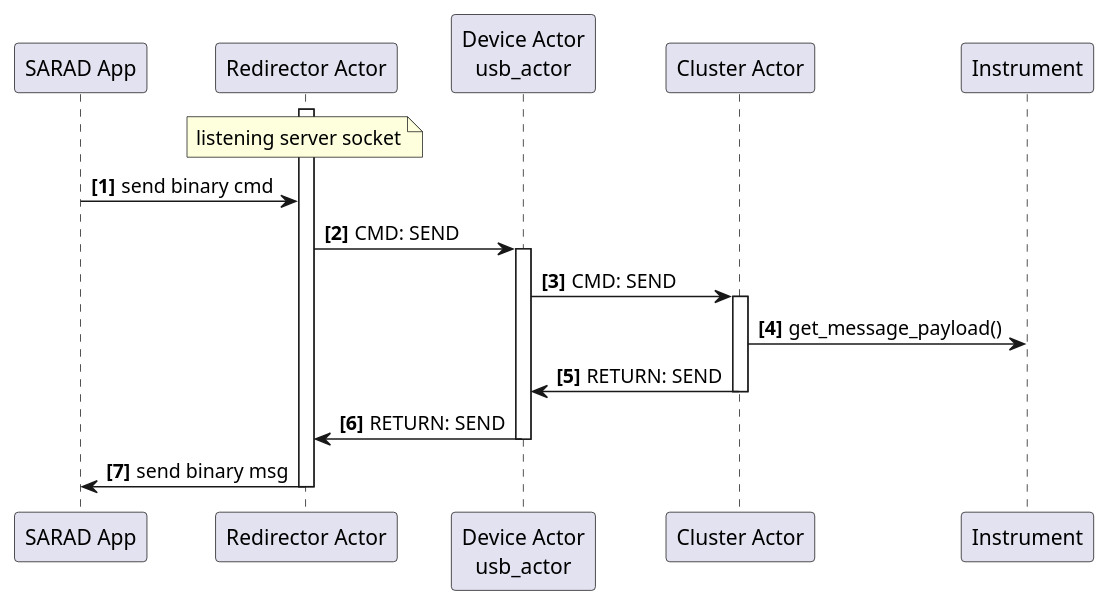
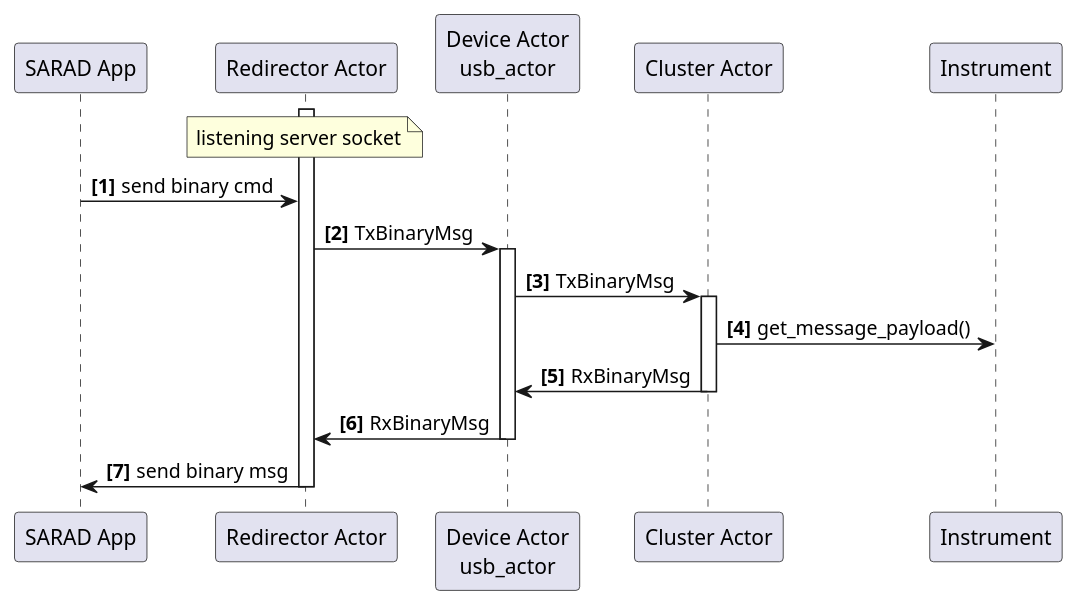
The diagram in doc/source/uml-binary_messages.puml (SARAD-GmbH/RegServer), drawn with PlantUML before and after one commit. The commit also changed 17 other files, not shown here.

```diff
--- a/doc/source/uml-binary_messages.puml
+++ b/doc/source/uml-binary_messages.puml
@@ -1,23 +1,23 @@
 @startuml
 autonumber "<b>[0]"
 participant "SARAD App" as app
 participant "Redirector Actor" as redirector
 participant "Device Actor\nusb_actor" as device_actor
 participant "Cluster Actor" as cluster
 participant "Instrument" as instr
 
 activate redirector
 note over redirector: listening server socket
 app -> redirector: send binary cmd
-redirector -> device_actor: CMD: SEND
+redirector -> device_actor: TxBinaryMsg
 activate device_actor
-device_actor -> cluster: CMD: SEND
+device_actor -> cluster: TxBinaryMsg
 activate cluster
 cluster -> instr: get_message_payload()
-cluster -> device_actor: RETURN: SEND
+cluster -> device_actor: RxBinaryMsg
 deactivate cluster
-device_actor -> redirector: RETURN: SEND
+device_actor -> redirector: RxBinaryMsg
 deactivate device_actor
 redirector -> app: send binary msg
 deactivate redirector
 @enduml
```
